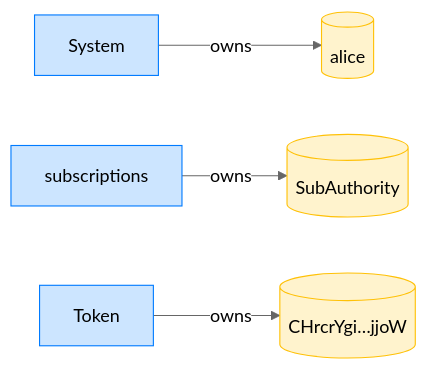
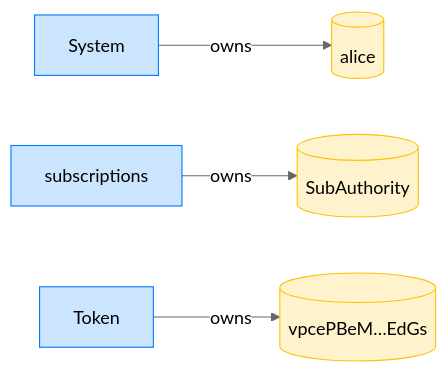
The fourth of 16 diagrams in dsl_tests/recurring-transfer-delegator-mismatch-exploit-is-blocked.md (cds-rs/subscriptions), drawn with Mermaid (neutral theme) before and after one commit. The commit also changed other lines of this file and 224 other files, not shown here.

````diff
--- a/dsl_tests/recurring-transfer-delegator-mismatch-exploit-is-blocked.md
+++ b/dsl_tests/recurring-transfer-delegator-mismatch-exploit-is-blocked.md
@@ -73,14 +78,14 @@
 ```mermaid
 flowchart LR
     classDef owner fill:#cce5ff,stroke:#007bff;
     classDef account fill:#fff3cd,stroke:#ffc107;
     System[System]:::owner
     alice[(alice)]:::account
     subscriptions[subscriptions]:::owner
     SubAuthority[(SubAuthority)]:::account
     Token[Token]:::owner
-    CHrcrYgi_jjoW[("CHrcrYgi…jjoW")]:::account
+    vpcePBeM_EdGs[("vpcePBeM…EdGs")]:::account
     System -->|owns| alice
     subscriptions -->|owns| SubAuthority
-    Token -->|owns| CHrcrYgi_jjoW
+    Token -->|owns| vpcePBeM_EdGs
 ```
````
